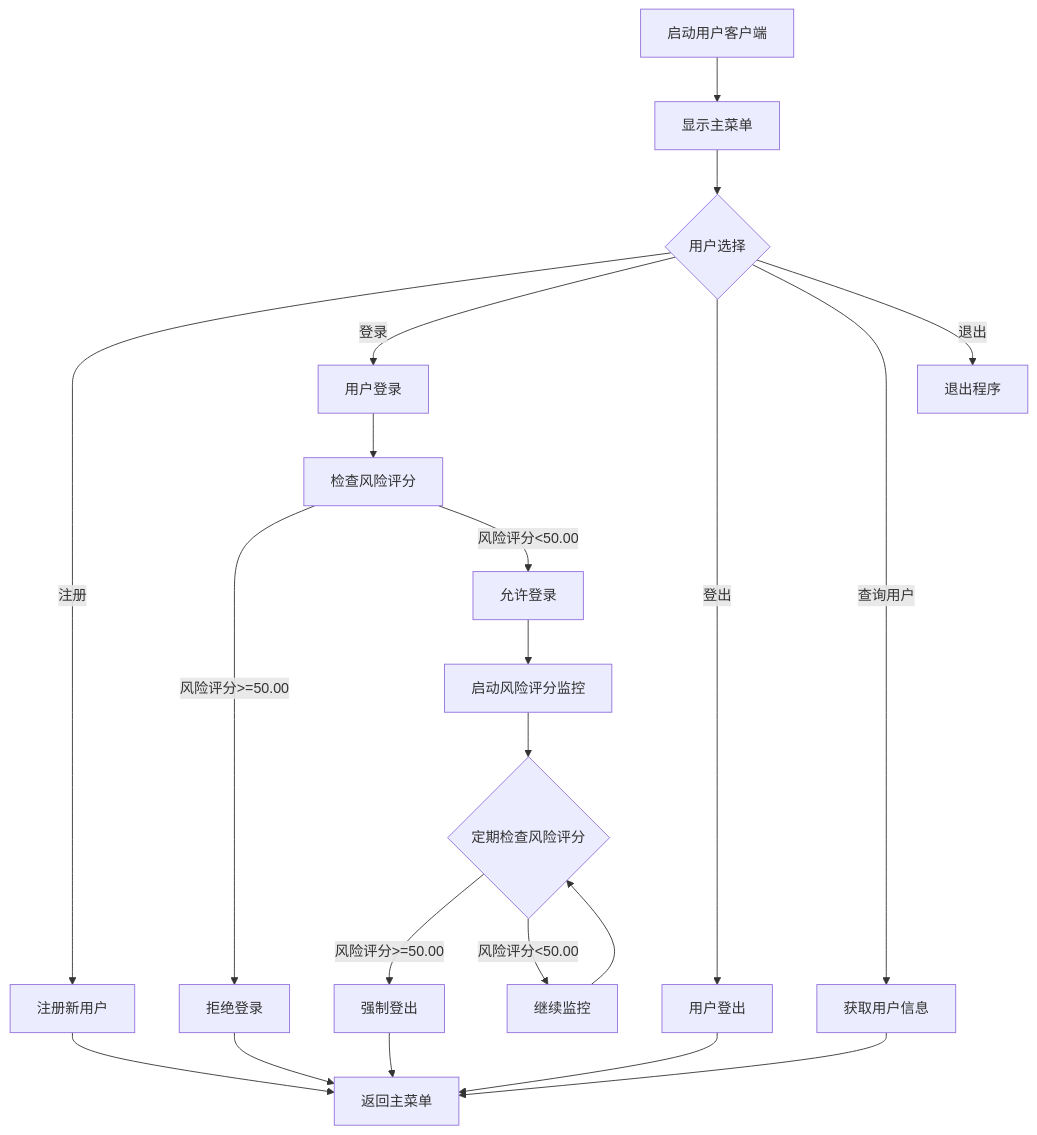
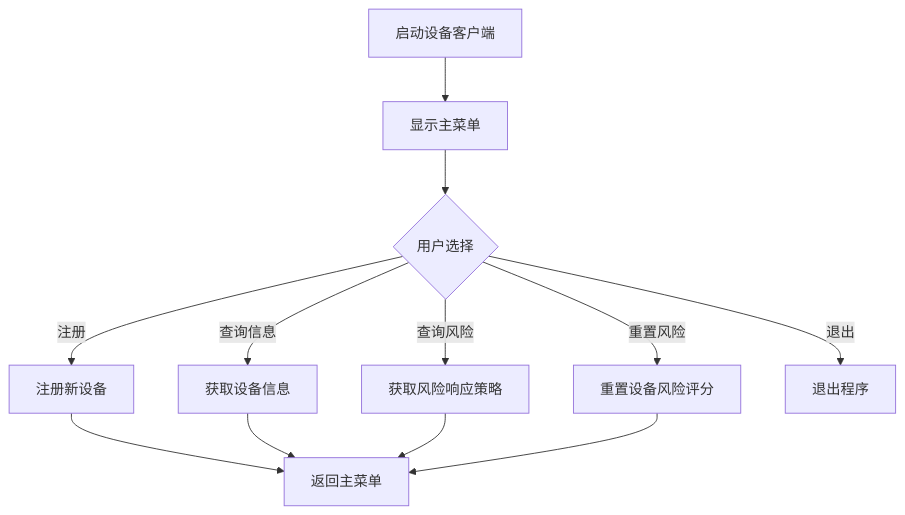
The second of 3 diagrams in README.md (Tittifer/IEEE), drawn with Mermaid before and after one commit. The commit also changed other lines of this file and 98 other files, not shown here.

````diff
--- a/README.md
+++ b/README.md
@@ -132,25 +147,15 @@
 ```mermaid
 graph TD
-    A[启动用户客户端] --> B[显示主菜单]
+    A[启动设备客户端] --> B[显示主菜单]
     B --> C{用户选择}
-    C -->|注册| D[注册新用户]
-    C -->|登录| E[用户登录]
-    C -->|登出| F[用户登出]
-    C -->|查询用户| G[获取用户信息]
-    C -->|退出| H[退出程序]
+    C -->|注册| D[注册新设备]
+    C -->|查询信息| G[获取设备信息]
+    C -->|查询风险| H[获取风险响应策略]
+    C -->|重置风险| I[重置设备风险评分]
+    C -->|退出| J[退出程序]
     
-    E --> I[检查风险评分]
-    I -->|风险评分>=50.00| J[拒绝登录]
-    I -->|风险评分<50.00| K[允许登录]
-    K --> L[启动风险评分监控]
-    L --> M{定期检查风险评分}
-    M -->|风险评分>=50.00| N[强制登出]
-    M -->|风险评分<50.00| O[继续监控]
-    O --> M
-    
-    D --> P[返回主菜单]
-    J --> P
-    F --> P
-    G --> P
-    N --> P
+    D --> K[返回主菜单]
+    G --> K
+    H --> K
+    I --> K
 ```
````
